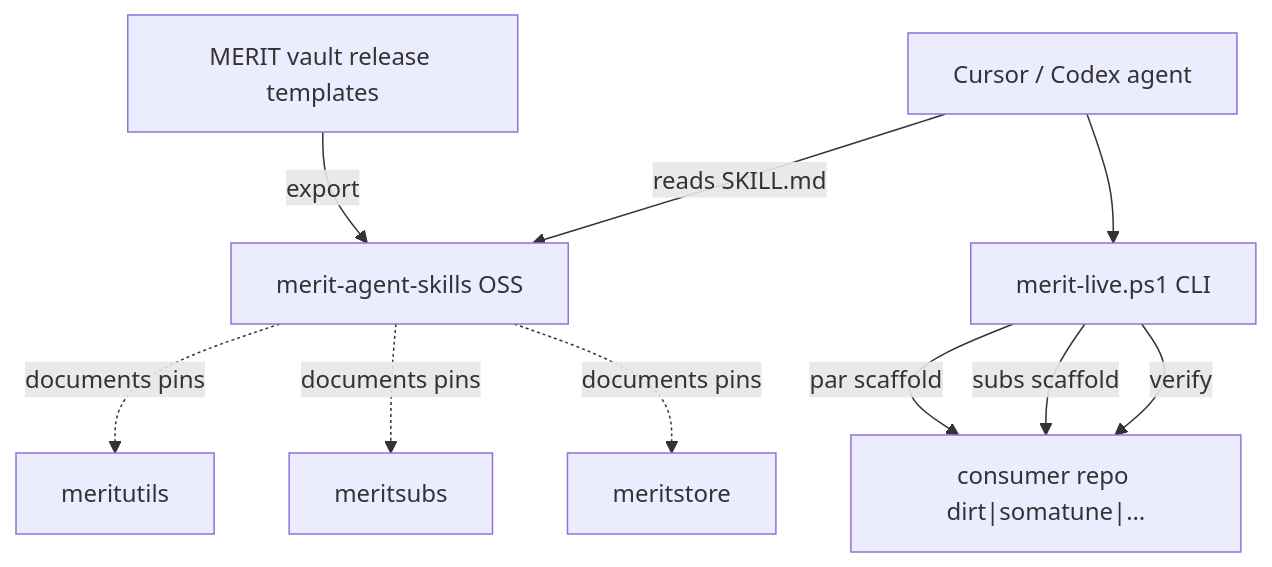
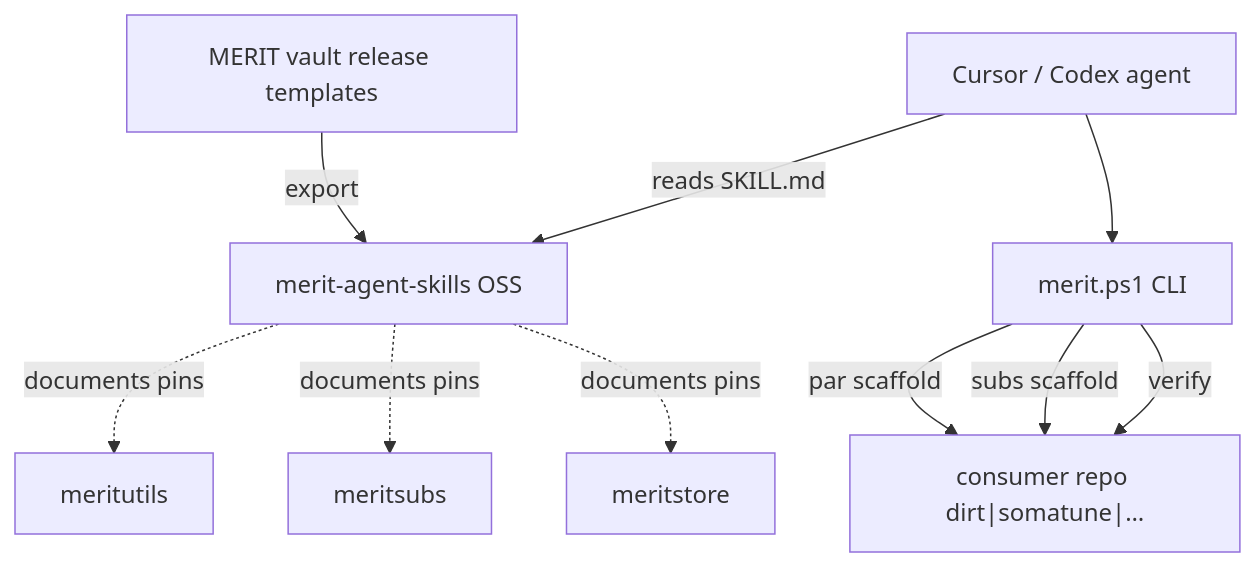
One commit to AgentDraven/merit-agent-skills changed the diagram in docs/IAR/MERIT_AGENT_SKILLS_LLD_MAP.md. Above: the diagram before and after it, drawn with Mermaid. The commit also changed other lines of this file and 36 other files, not shown here.

Commit message:
release: clean public MERIT CLI and Portal skill

````diff
--- a/docs/IAR/MERIT_AGENT_SKILLS_LLD_MAP.md
+++ b/docs/IAR/MERIT_AGENT_SKILLS_LLD_MAP.md
@@ -71,16 +71,16 @@
 ```mermaid
 flowchart TB
   SKILLS["merit-agent-skills OSS"]
-  LIVE["merit-live.ps1 CLI"]
+  LIVE["merit.ps1 CLI"]
   VAULT["MERIT vault release templates"]
   AGENT["Cursor / Codex agent"]
   CONS["consumer repo dirt|somatune|…"]
 
   VAULT -->|export| SKILLS
   AGENT -->|reads SKILL.md| SKILLS
   AGENT --> LIVE
   LIVE -->|par scaffold| CONS
   LIVE -->|subs scaffold| CONS
   LIVE -->|verify| CONS
   SKILLS -.->|documents pins| meritutils & meritsubs & meritstore
 ```
````
